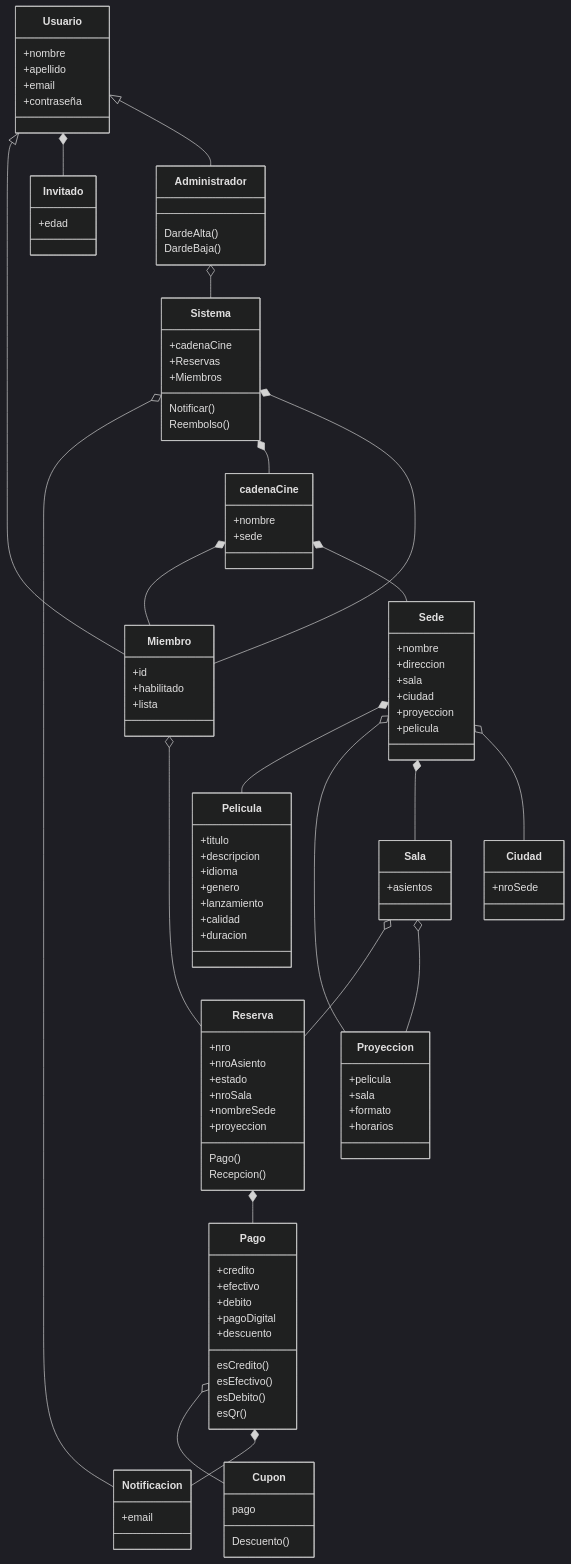
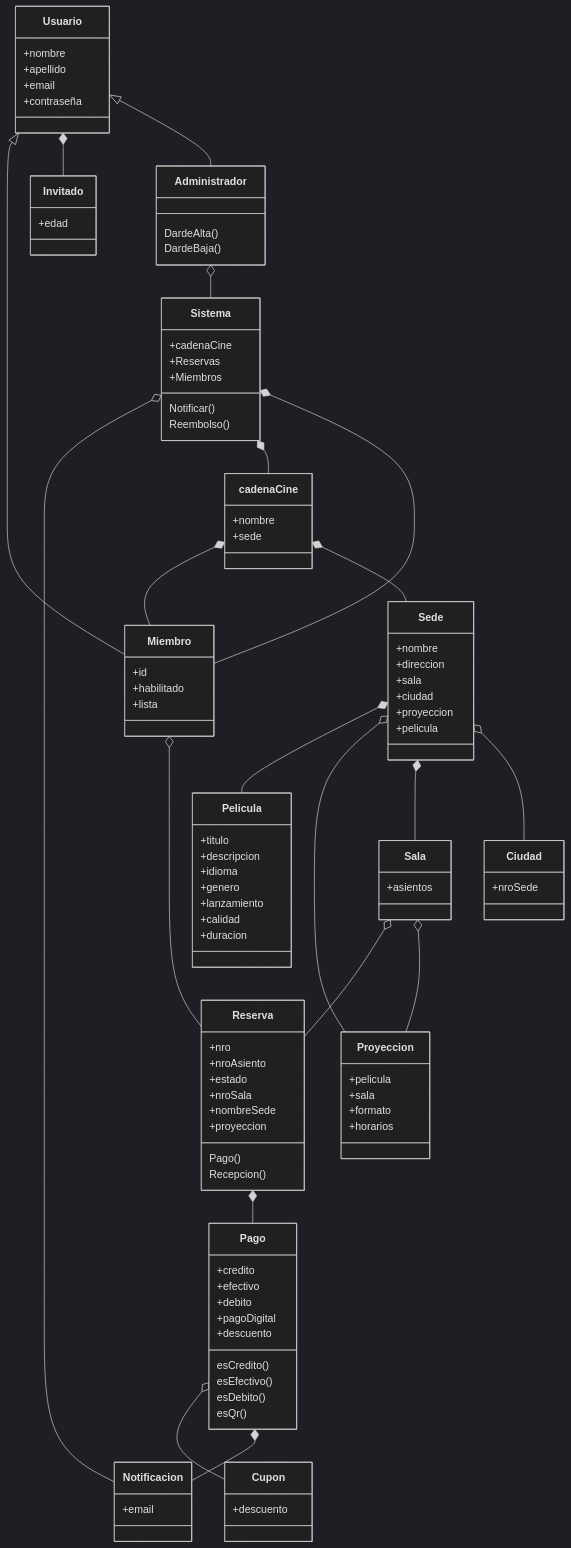
Before and after one commit to quirogapabon11/Cine: the diagram in doc/diagrama.mmd, drawn with Mermaid (dark theme). The commit also changed 3 other files, not shown here.

```diff
--- a/doc/diagrama.mmd
+++ b/doc/diagrama.mmd
@@ -1,121 +1,120 @@
 classDiagram
 
 class Miembro
 Miembro: +id
 Miembro: +habilitado
 Miembro: +lista  
 
 Miembro o-- Reserva
 Reserva *-- Pago
 
 class Usuario
 Usuario: +nombre
 Usuario: +apellido
 Usuario: +email
 Usuario: +contraseña
 Usuario <|-- Miembro
 Usuario *-- Invitado
 
 class Invitado
 Invitado: +edad
 
 class cadenaCine
 cadenaCine: +nombre
 cadenaCine: +sede
 
 Sede *-- Pelicula
 cadenaCine *-- Miembro
 
 class Sede
 Sede: +nombre
 Sede: +direccion
 Sede: +sala
 Sede: +ciudad
 Sede: +proyeccion
 Sede: +pelicula
 cadenaCine *-- Sede
 
 
 class Ciudad
 Ciudad: +nroSede
 
 class Pelicula 
 Pelicula: +titulo
 Pelicula: +descripcion
 Pelicula: +idioma
 Pelicula: +genero
 Pelicula: +lanzamiento
 Pelicula: +calidad
 Pelicula: +duracion
 
 
 
 Sede o-- Proyeccion
 
 Sede *-- Sala
 
 Sala o-- Reserva
 Sala o-- Proyeccion
 Sede o-- Ciudad
 
 class Proyeccion
 Proyeccion: +pelicula
 Proyeccion: +sala
 Proyeccion: +formato
 Proyeccion: +horarios
 
 class Sala
 Sala: +asientos
 
 
 
 
 class Reserva
 Reserva: +nro
 Reserva: +nroAsiento
 Reserva: +estado
 Reserva: +nroSala
 Reserva: +nombreSede
 Reserva: +proyeccion
 Reserva: Pago()
 Reserva: Recepcion()
 
 class Sistema
 Sistema: Notificar()
 Sistema: +cadenaCine
 Sistema: +Reservas
 Sistema: +Miembros
 Sistema: Reembolso()
 
 Sistema o-- Notificacion
 Sistema *-- cadenaCine
 Sistema *-- Miembro
 
 class Pago
 Pago: +credito
 Pago: +efectivo
 Pago: +debito
 Pago: +pagoDigital
 Pago: +descuento
 Pago: esCredito() 
 Pago: esEfectivo()
 Pago: esDebito()
 Pago: esQr()
 
 
 class Cupon
-Cupon: Descuento()
-Cupon: pago
+Cupon: +descuento
 Pago o-- Cupon
 
 
 Pago *-- Notificacion
 
 class Notificacion
 Notificacion: +email
 
 class Administrador
 Administrador: DardeAlta()
 Administrador: DardeBaja()
 Administrador o-- Sistema
 Usuario <|-- Administrador 
```
